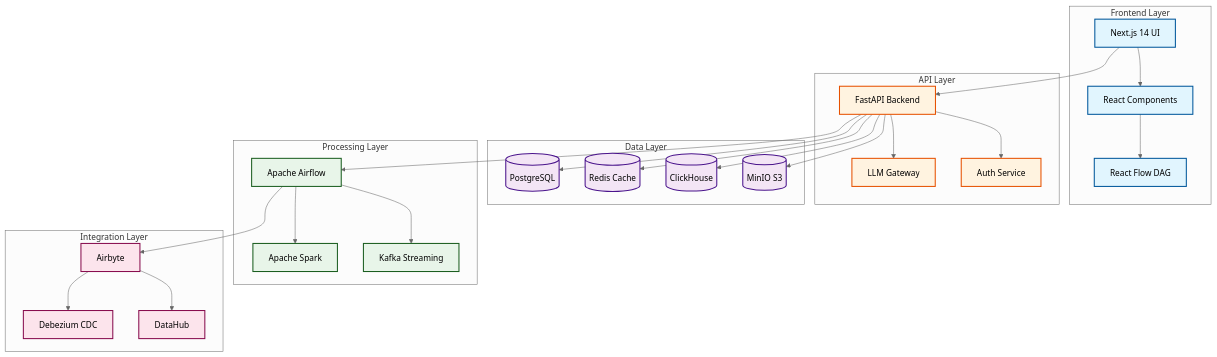
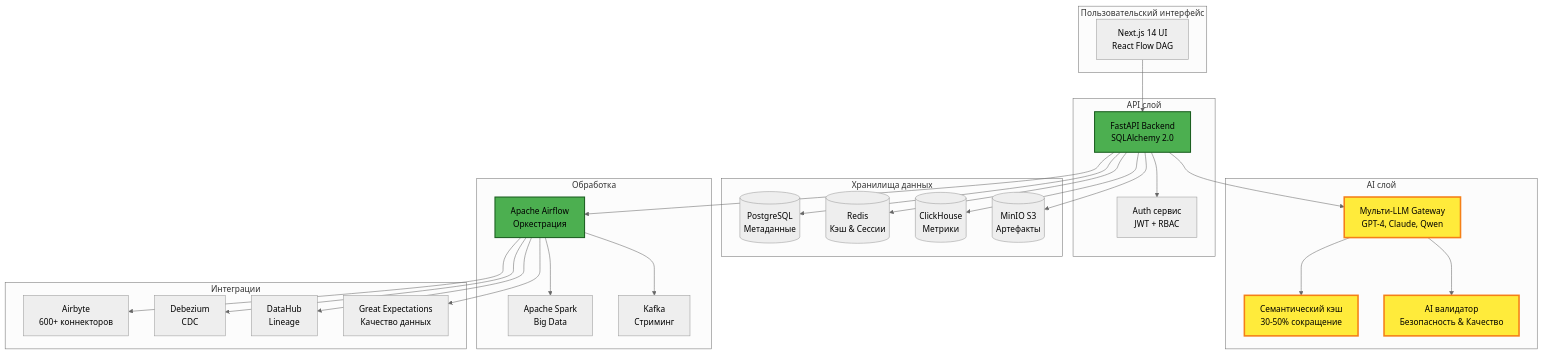
Before and after one commit to Sergey-1221/ai-etl-docs: the first of 2 diagrams in README.md, drawn with Mermaid (neutral theme). The commit also changed other lines of this file and 68 other files, not shown here.

````diff
--- a/README.md
+++ b/README.md
@@ -123,61 +264,52 @@
 ```mermaid
 graph TB
-    subgraph "Frontend Layer"
-        UI[Next.js 14 UI]
-        RC[React Components]
-        RF[React Flow DAG]
+    subgraph "Пользовательский интерфейс"
+        UI[Next.js 14 UI<br/>React Flow DAG]
     end
 
-    subgraph "API Layer"
-        API[FastAPI Backend]
-        LLM[LLM Gateway]
-        AUTH[Auth Service]
+    subgraph "AI слой"
+        LLM[Мульти-LLM Gateway<br/>GPT-4, Claude, Qwen]
+        CACHE[Семантический кэш<br/>30-50% сокращение]
+        VAL[AI валидатор<br/>Безопасность & Качество]
     end
 
-    subgraph "Data Layer"
-        PG[(PostgreSQL)]
-        RD[(Redis Cache)]
-        CH[(ClickHouse)]
-        S3[(MinIO S3)]
+    subgraph "API слой"
+        API[FastAPI Backend<br/>SQLAlchemy 2.0]
+        AUTH[Auth сервис<br/>JWT + RBAC]
     end
 
-    subgraph "Processing Layer"
-        AF[Apache Airflow]
-        SP[Apache Spark]
-        KF[Kafka Streaming]
+    subgraph "Хранилища данных"
+        PG[(PostgreSQL<br/>Метаданные)]
+        RD[(Redis<br/>Кэш & Сессии)]
+        CH[(ClickHouse<br/>Метрики)]
+        S3[(MinIO S3<br/>Артефакты)]
     end
 
-    subgraph "Integration Layer"
-        AB[Airbyte]
-        DBZ[Debezium CDC]
-        DH[DataHub]
+    subgraph "Обработка"
+        AF[Apache Airflow<br/>Оркестрация]
+        SP[Apache Spark<br/>Big Data]
+        KF[Kafka<br/>Стриминг]
+    end
+
+    subgraph "Интеграции"
+        AB[Airbyte<br/>600+ коннекторов]
+        DBZ[Debezium<br/>CDC]
+        DH[DataHub<br/>Lineage]
+        GE[Great Expectations<br/>Качество данных]
     end
 
     UI --> API
-    UI --> RC
-    RC --> RF
     API --> LLM
+    LLM --> CACHE
+    LLM --> VAL
     API --> AUTH
-    API --> PG
-    API --> RD
-    API --> CH
-    API --> S3
+    API --> PG & RD & CH & S3
     API --> AF
-    AF --> SP
-    AF --> KF
-    AF --> AB
-    AB --> DBZ
-    AB --> DH
+    AF --> SP & KF
+    AF --> AB & DBZ & DH & GE
 
-    classDef frontend fill:#e1f5fe,stroke:#01579b,stroke-width:2px
-    classDef api fill:#fff3e0,stroke:#e65100,stroke-width:2px
-    classDef data fill:#f3e5f5,stroke:#4a148c,stroke-width:2px
-    classDef process fill:#e8f5e9,stroke:#1b5e20,stroke-width:2px
-    classDef integration fill:#fce4ec,stroke:#880e4f,stroke-width:2px
-
-    class UI,RC,RF frontend
-    class API,LLM,AUTH api
-    class PG,RD,CH,S3 data
-    class AF,SP,KF process
-    class AB,DBZ,DH integration
+    classDef ai fill:#ffeb3b,stroke:#f57f17,stroke-width:3px
+    classDef prod fill:#4caf50,stroke:#1b5e20,stroke-width:2px
+    class LLM,CACHE,VAL ai
+    class AF,API prod
 ```
````
